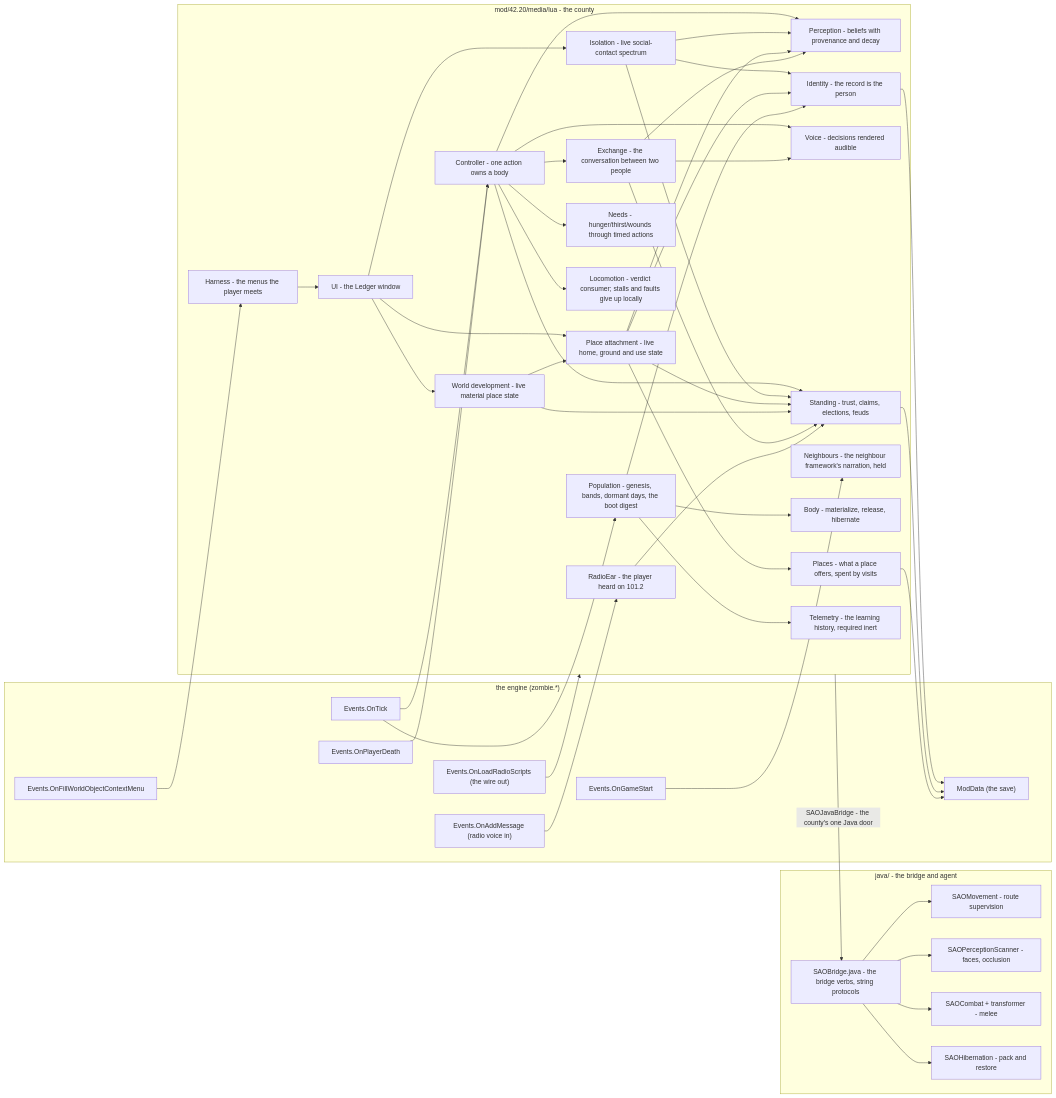
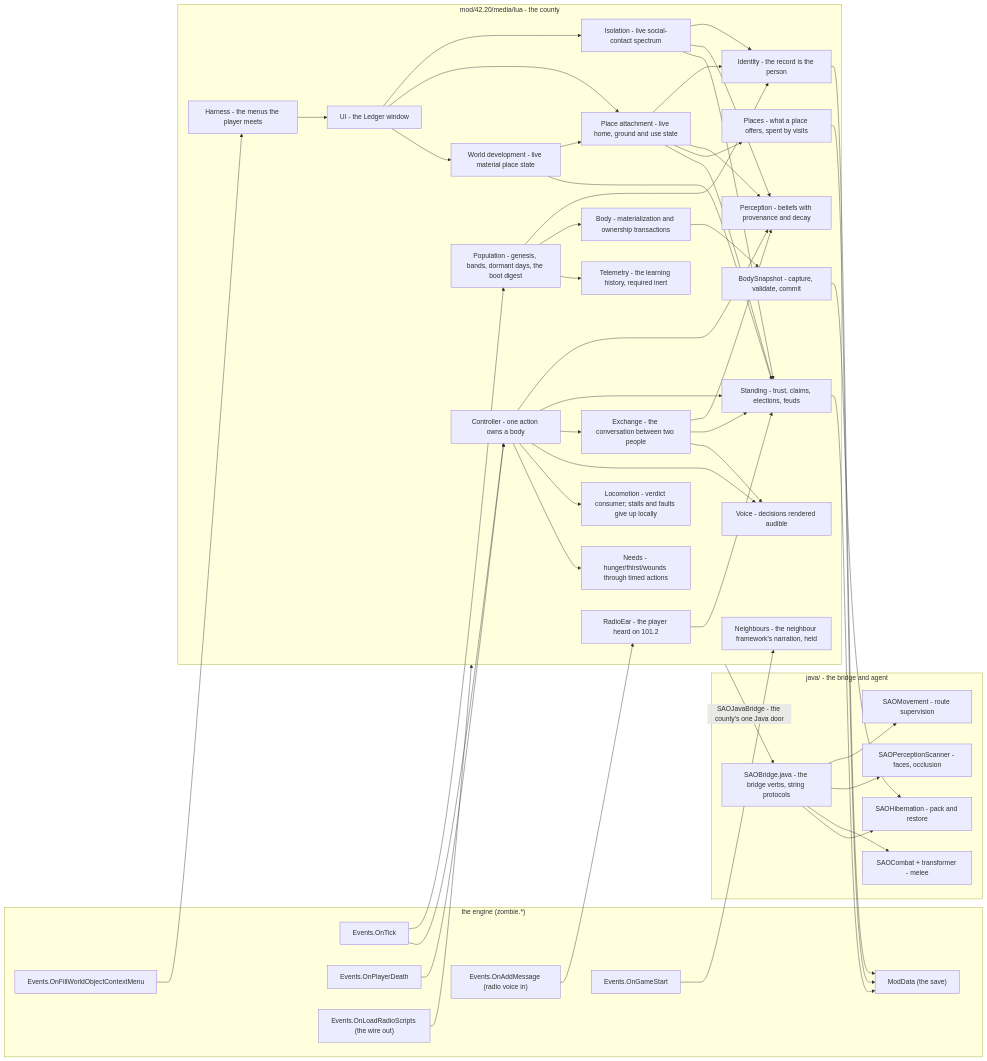
The first of 3 diagrams in MAPS.md (ellyj3rain/sao), drawn with Mermaid before and after one commit. The commit also changed other lines of this file and 82 other files, not shown here.

````diff
--- a/MAPS.md
+++ b/MAPS.md
@@ -18,61 +18,63 @@
 ```mermaid
 flowchart LR
     subgraph Engine["the engine (zombie.*)"]
         T["Events.OnTick"]:::e
         D["Events.OnPlayerDeath"]:::e
         M["Events.OnAddMessage (radio voice in)"]:::e
         R["Events.OnLoadRadioScripts (the wire out)"]:::e
         CTX["Events.OnFillWorldObjectContextMenu"]:::e
         GS["Events.OnGameStart"]:::e
         MD["ModData (the save)"]:::e
     end
     subgraph Java["java/ - the bridge and agent"]
         BR["SAOBridge.java - the bridge verbs, string protocols"]
         MV["SAOMovement - route supervision"]
         SC["SAOPerceptionScanner - faces, occlusion"]
         CP["SAOCombat + transformer - melee"]
         HB["SAOHibernation - pack and restore"]
     end
     subgraph Lua["mod/42.20/media/lua - the county"]
         POP["Population - genesis, bands, dormant days, the boot digest"]
         CTL["Controller - one action owns a body"]
         PER["Perception - beliefs with provenance and decay"]
         ISO["Isolation - live social-contact spectrum"]
         ATT["Place attachment - live home, ground and use state"]
         DEV["World development - live material place state"]
         STA["Standing - trust, claims, elections, feuds"]
         EXC["Exchange - the conversation between two people"]
         VOI["Voice - decisions rendered audible"]
         NDS["Needs - hunger/thirst/wounds through timed actions"]
         LOC["Locomotion - verdict consumer; stalls and faults give up locally"]
         PLA["Places - what a place offers, spent by visits"]
         NBR["Neighbours - the neighbour framework's narration, held"]
-        BOD["Body - materialize, release, hibernate"]
+        BOD["Body - materialization and ownership transactions"]
+        SNP["BodySnapshot - capture, validate, commit"]
         IDE["Identity - the record is the person"]
         UIX["UI - the Ledger window"]
         HAR["Harness - the menus the player meets"]
         RDE["RadioEar - the player heard on 101.2"]
         TEL["Telemetry - the learning history, required inert"]
     end
     Lua -- "SAOJavaBridge - the county's one Java door" --> BR
     BR --> MV & SC & CP & HB
     T --> POP
     T --> CTL
     D --> CTL
     CTL --> PER & STA & EXC & VOI & LOC & NDS
     UIX --> ISO
     UIX --> ATT
     UIX --> DEV
     ISO --> IDE & PER & STA
     ATT --> IDE & PER & PLA & STA
     DEV --> ATT & STA
     POP --> IDE & BOD & TEL
+    BOD --> SNP --> HB
     EXC --> PER & STA & VOI
     IDE --> MD
     STA --> MD
     PLA --> MD
     M --> RDE --> STA
     R --> Lua
     CTX --> HAR --> UIX
     GS --> NBR
 ```
````
